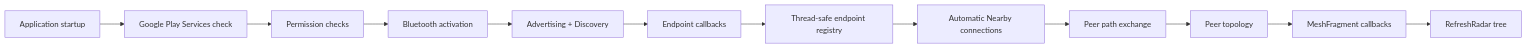
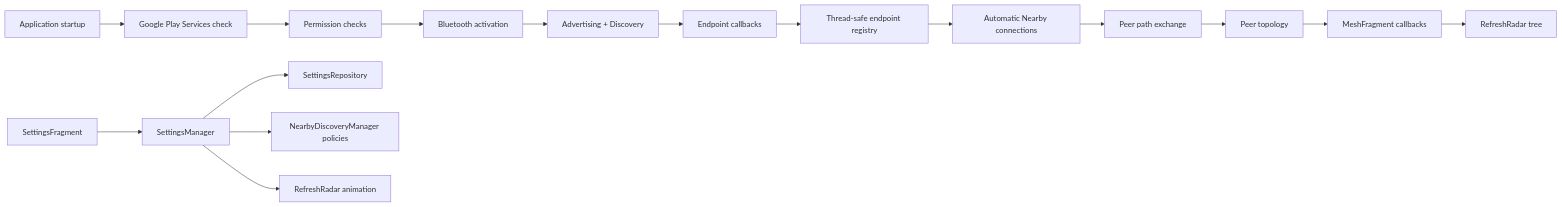
The diagram in docs/architecture/system-overview.md (Algorift169/MeshDrop), drawn with Mermaid before and after one commit. The commit also changed other lines of this file and 32 other files, not shown here.

First line of the commit message:
feat(settings): add Mesh discovery control center

````diff
--- a/docs/architecture/system-overview.md
+++ b/docs/architecture/system-overview.md
@@ -13,14 +17,18 @@
 ```mermaid
 flowchart LR
     A[Application startup] --> B[Google Play Services check]
     B --> C[Permission checks]
     C --> D[Bluetooth activation]
     D --> E[Advertising + Discovery]
     E --> F[Endpoint callbacks]
     F --> G[Thread-safe endpoint registry]
     G --> H[Automatic Nearby connections]
     H --> I[Peer path exchange]
     I --> J[Peer topology]
     J --> K[MeshFragment callbacks]
     K --> L[RefreshRadar tree]
+    M[SettingsFragment] --> N[SettingsManager]
+    N --> O[SettingsRepository]
+    N --> P[NearbyDiscoveryManager policies]
+    N --> Q[RefreshRadar animation]
 ```
````
